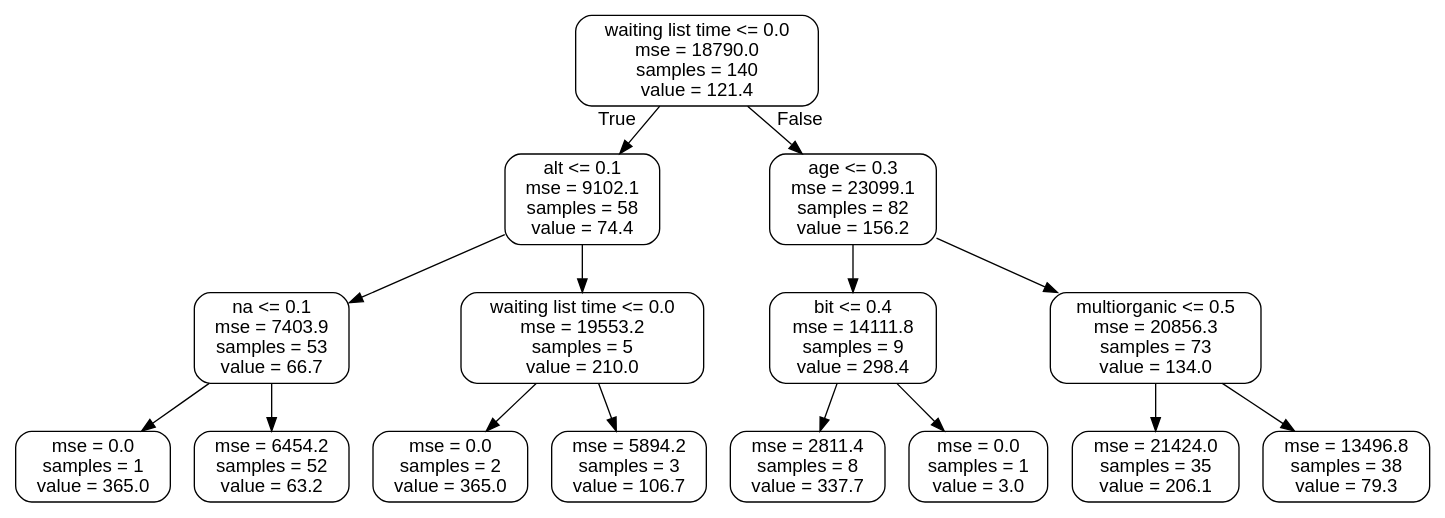
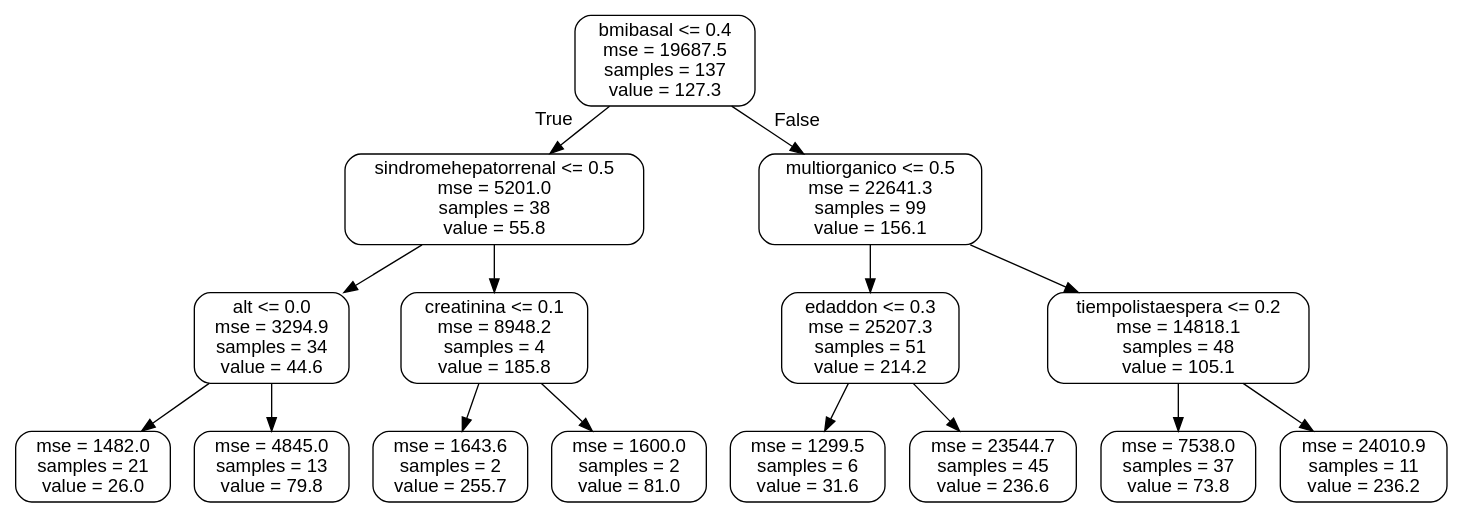
One commit to Joaopmonteleone/Deep_Learning_Liver_Prediction changed the diagram in results/small_tree.dot. Above: the diagram before and after it, drawn with Graphviz. The commit also changed 6 other files, not shown here.

```diff
--- a/results/small_tree.dot
+++ b/results/small_tree.dot
@@ -1,33 +1,33 @@
 digraph Tree {
 node [shape=box, style="rounded", color="black", fontname=helvetica] ;
 edge [fontname=helvetica] ;
-0 [label="waiting list time <= 0.0\nmse = 18790.0\nsamples = 140\nvalue = 121.4"] ;
-1 [label="alt <= 0.1\nmse = 9102.1\nsamples = 58\nvalue = 74.4"] ;
+0 [label="bmibasal <= 0.4\nmse = 19687.5\nsamples = 137\nvalue = 127.3"] ;
+1 [label="sindromehepatorrenal <= 0.5\nmse = 5201.0\nsamples = 38\nvalue = 55.8"] ;
 0 -> 1 [labeldistance=2.5, labelangle=45, headlabel="True"] ;
-2 [label="na <= 0.1\nmse = 7403.9\nsamples = 53\nvalue = 66.7"] ;
+2 [label="alt <= 0.0\nmse = 3294.9\nsamples = 34\nvalue = 44.6"] ;
 1 -> 2 ;
-3 [label="mse = 0.0\nsamples = 1\nvalue = 365.0"] ;
+3 [label="mse = 1482.0\nsamples = 21\nvalue = 26.0"] ;
 2 -> 3 ;
-4 [label="mse = 6454.2\nsamples = 52\nvalue = 63.2"] ;
+4 [label="mse = 4845.0\nsamples = 13\nvalue = 79.8"] ;
 2 -> 4 ;
-5 [label="waiting list time <= 0.0\nmse = 19553.2\nsamples = 5\nvalue = 210.0"] ;
+5 [label="creatinina <= 0.1\nmse = 8948.2\nsamples = 4\nvalue = 185.8"] ;
 1 -> 5 ;
-6 [label="mse = 0.0\nsamples = 2\nvalue = 365.0"] ;
+6 [label="mse = 1643.6\nsamples = 2\nvalue = 255.7"] ;
 5 -> 6 ;
-7 [label="mse = 5894.2\nsamples = 3\nvalue = 106.7"] ;
+7 [label="mse = 1600.0\nsamples = 2\nvalue = 81.0"] ;
 5 -> 7 ;
-8 [label="age <= 0.3\nmse = 23099.1\nsamples = 82\nvalue = 156.2"] ;
+8 [label="multiorganico <= 0.5\nmse = 22641.3\nsamples = 99\nvalue = 156.1"] ;
 0 -> 8 [labeldistance=2.5, labelangle=-45, headlabel="False"] ;
-9 [label="bit <= 0.4\nmse = 14111.8\nsamples = 9\nvalue = 298.4"] ;
+9 [label="edaddon <= 0.3\nmse = 25207.3\nsamples = 51\nvalue = 214.2"] ;
 8 -> 9 ;
-10 [label="mse = 2811.4\nsamples = 8\nvalue = 337.7"] ;
+10 [label="mse = 1299.5\nsamples = 6\nvalue = 31.6"] ;
 9 -> 10 ;
-11 [label="mse = 0.0\nsamples = 1\nvalue = 3.0"] ;
+11 [label="mse = 23544.7\nsamples = 45\nvalue = 236.6"] ;
 9 -> 11 ;
-12 [label="multiorganic <= 0.5\nmse = 20856.3\nsamples = 73\nvalue = 134.0"] ;
+12 [label="tiempolistaespera <= 0.2\nmse = 14818.1\nsamples = 48\nvalue = 105.1"] ;
 8 -> 12 ;
-13 [label="mse = 21424.0\nsamples = 35\nvalue = 206.1"] ;
+13 [label="mse = 7538.0\nsamples = 37\nvalue = 73.8"] ;
 12 -> 13 ;
-14 [label="mse = 13496.8\nsamples = 38\nvalue = 79.3"] ;
+14 [label="mse = 24010.9\nsamples = 11\nvalue = 236.2"] ;
 12 -> 14 ;
 }
```
